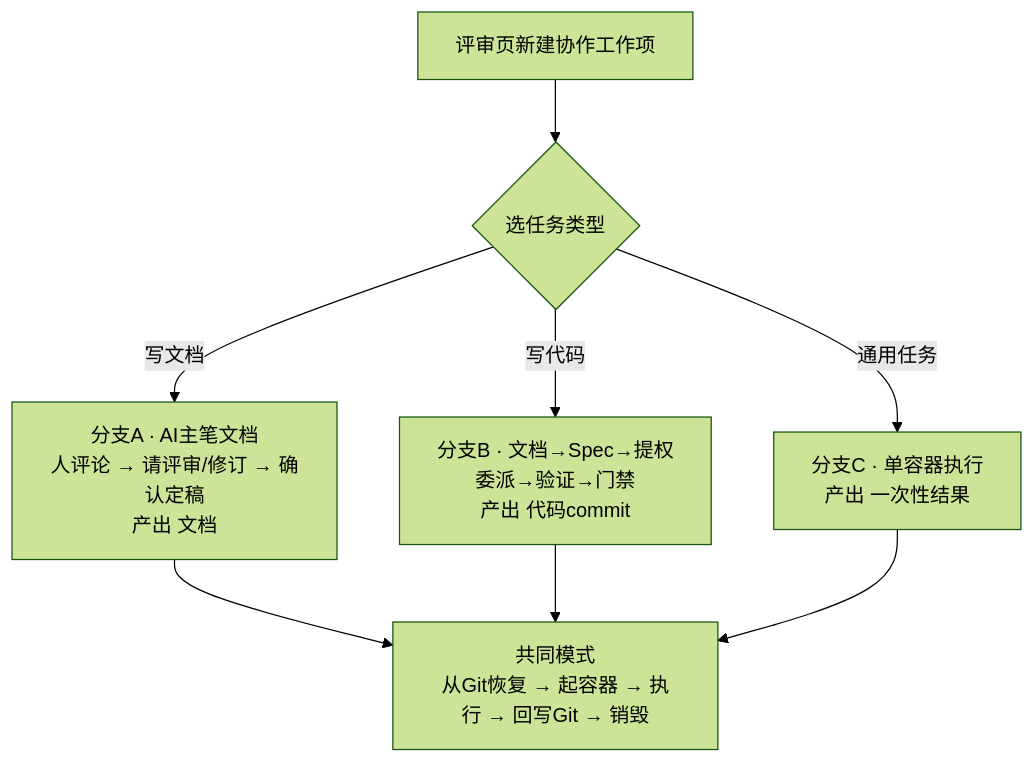
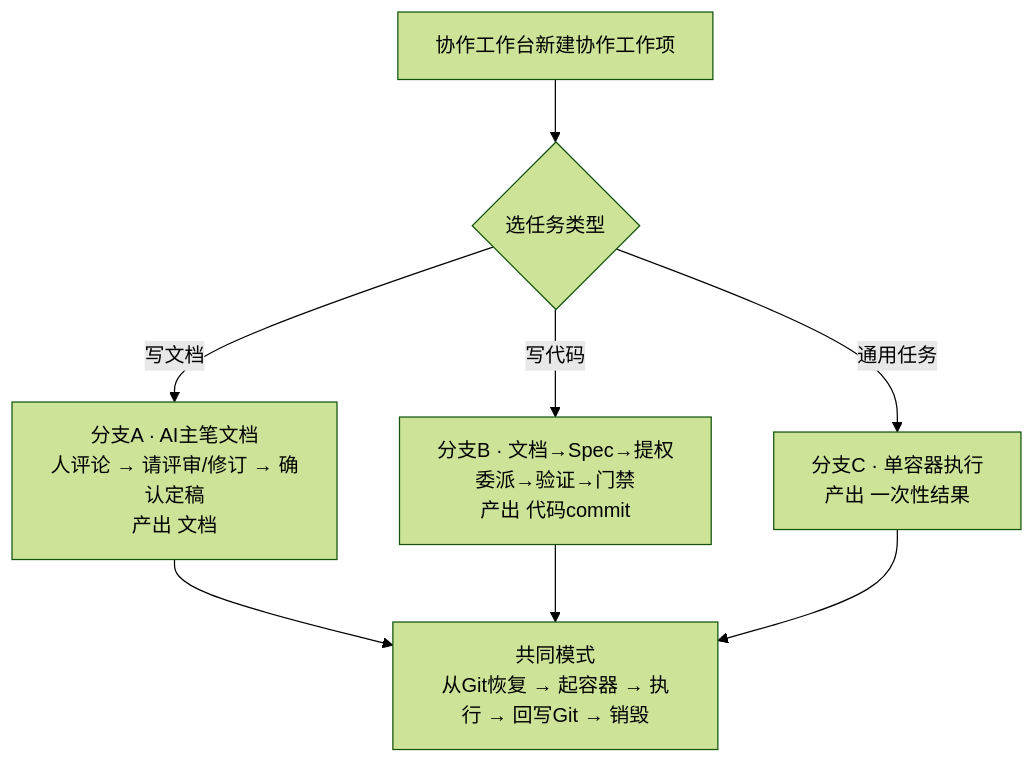
Before and after one commit to wonglaitung/opencode: the first of 6 diagrams in COLLECTIVE.md, drawn with Mermaid (forest theme). The commit also changed other lines of this file, not shown here.

````diff
--- a/COLLECTIVE.md
+++ b/COLLECTIVE.md
@@ -124,10 +124,10 @@
 ```mermaid
 flowchart TB
-    S["评审页新建协作工作项"] --> T{"选任务类型"}
+    S["协作工作台新建协作工作项"] --> T{"选任务类型"}
     T -->|"写文档"| A["分支A · AI主笔文档<br/>人评论 → 请评审/修订 → 确认定稿<br/>产出 文档"]
     T -->|"写代码"| B["分支B · 文档→Spec→提权<br/>委派→验证→门禁<br/>产出 代码commit"]
     T -->|"通用任务"| C["分支C · 单容器执行<br/>产出 一次性结果"]
     A --> D["共同模式<br/>从Git恢复 → 起容器 → 执行 → 回写Git → 销毁"]
     B --> D
     C --> D
 ```
````
